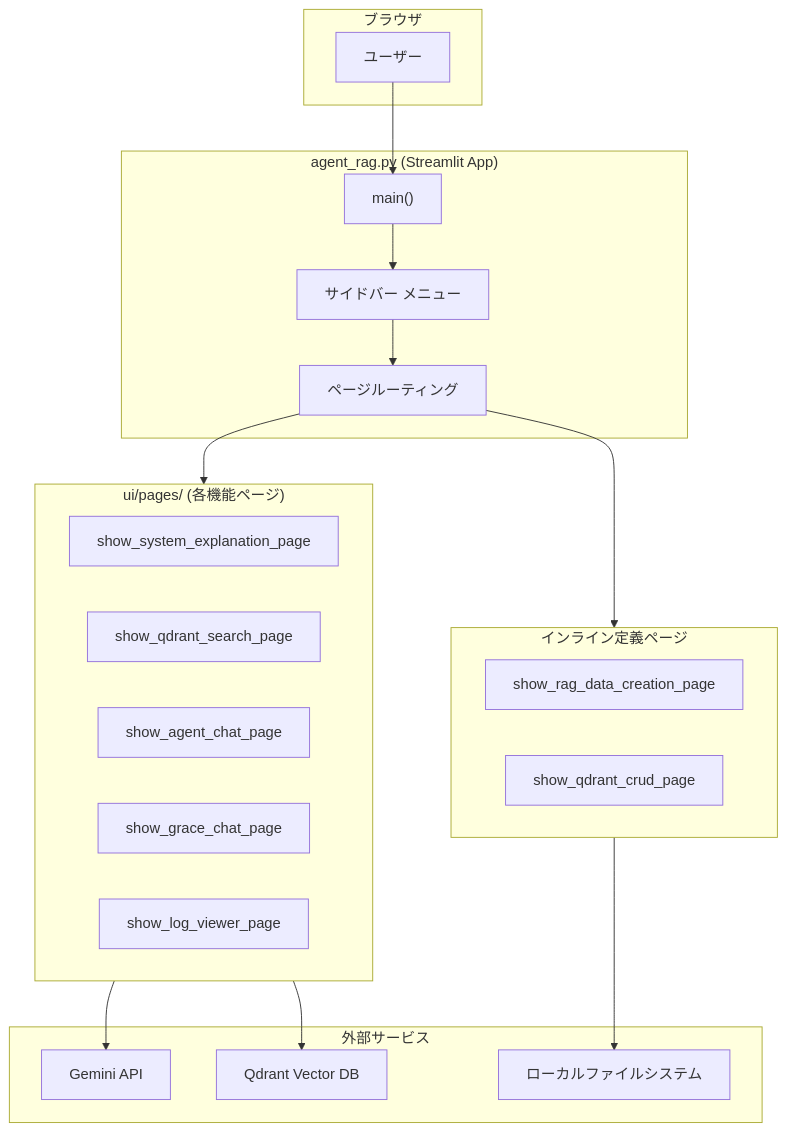
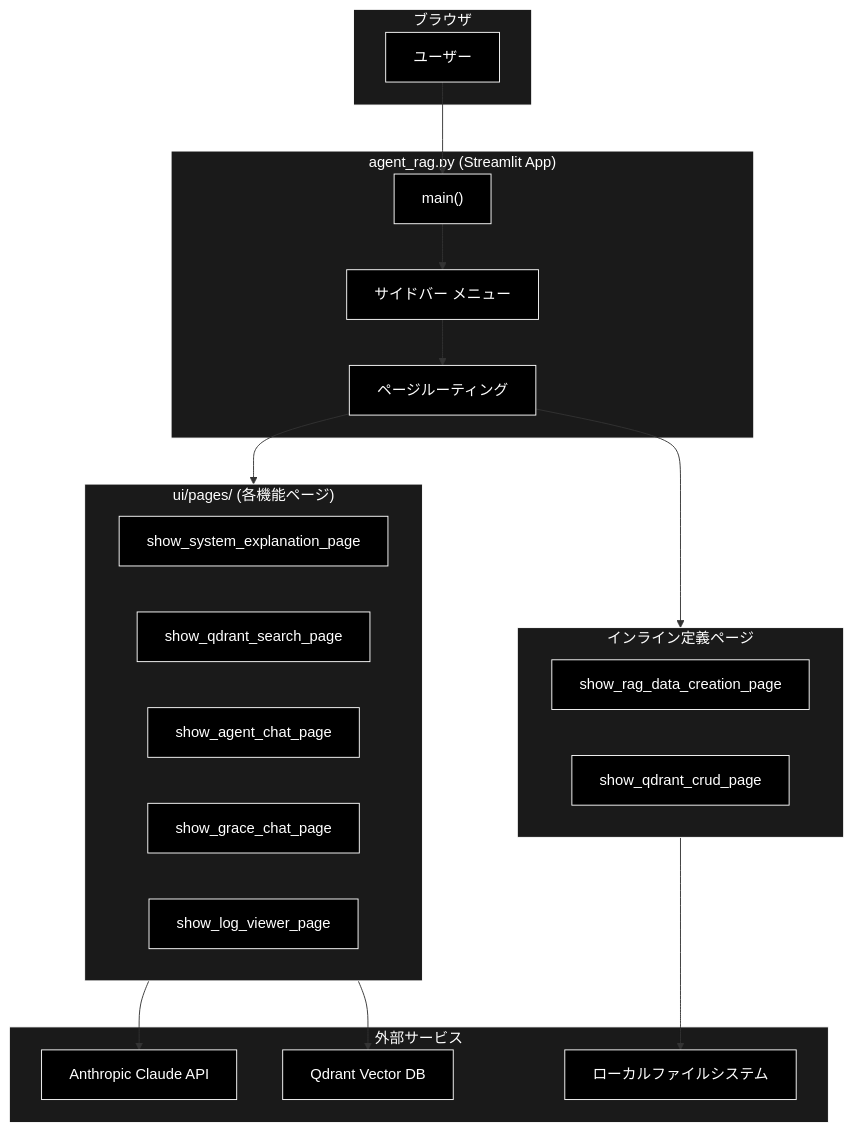
The first of 3 diagrams in docs/agent_rag.md (nakashima2toshio/anthropic_grace_agent_v2), drawn with Mermaid before and after one commit. The commit also changed other lines of this file and 18 other files, not shown here.

First line of the commit message:
docs: 最新化・再構築（Anthropic Claude統一・索引整理・Mermaid準拠）

````diff
--- a/docs/agent_rag.md
+++ b/docs/agent_rag.md
@@ -93,40 +93,48 @@
 ```mermaid
 flowchart TB
     subgraph BROWSER["ブラウザ"]
         USER["ユーザー"]
     end
 
     subgraph STREAMLIT["agent_rag.py (Streamlit App)"]
         MAIN["main()"]
         SIDEBAR["サイドバー メニュー"]
         ROUTER["ページルーティング"]
     end
 
     subgraph PAGES["ui/pages/ (各機能ページ)"]
         P1["show_system_explanation_page"]
         P2["show_qdrant_search_page"]
         P3["show_agent_chat_page"]
         P4["show_grace_chat_page"]
         P5["show_log_viewer_page"]
     end
 
     subgraph INLINE["インライン定義ページ"]
         P6["show_rag_data_creation_page"]
         P7["show_qdrant_crud_page"]
     end
 
     subgraph EXTERNAL["外部サービス"]
-        GEMINI["Gemini API"]
+        CLAUDE["Anthropic Claude API"]
         QDRANT["Qdrant Vector DB"]
         FS["ローカルファイルシステム"]
     end
 
     USER --> MAIN
     MAIN --> SIDEBAR
     SIDEBAR --> ROUTER
     ROUTER --> PAGES
     ROUTER --> INLINE
-    PAGES --> GEMINI
+    PAGES --> CLAUDE
     PAGES --> QDRANT
     INLINE --> FS
+classDef default fill:#000,stroke:#fff,color:#fff
+classDef subgraphStyle fill:#1a1a1a,stroke:#fff,color:#fff
+class USER,MAIN,SIDEBAR,ROUTER,P1,P2,P3,P4,P5,P6,P7,CLAUDE,QDRANT,FS default
+style BROWSER fill:#1a1a1a,stroke:#fff,color:#fff
+style STREAMLIT fill:#1a1a1a,stroke:#fff,color:#fff
+style PAGES fill:#1a1a1a,stroke:#fff,color:#fff
+style INLINE fill:#1a1a1a,stroke:#fff,color:#fff
+style EXTERNAL fill:#1a1a1a,stroke:#fff,color:#fff
 ```
````
